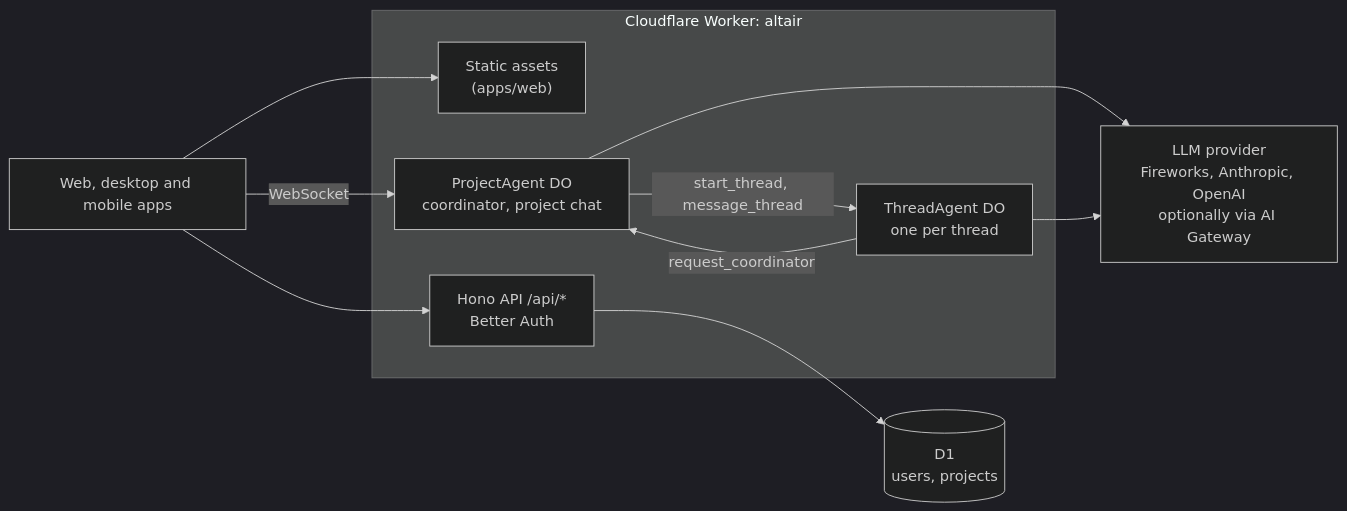
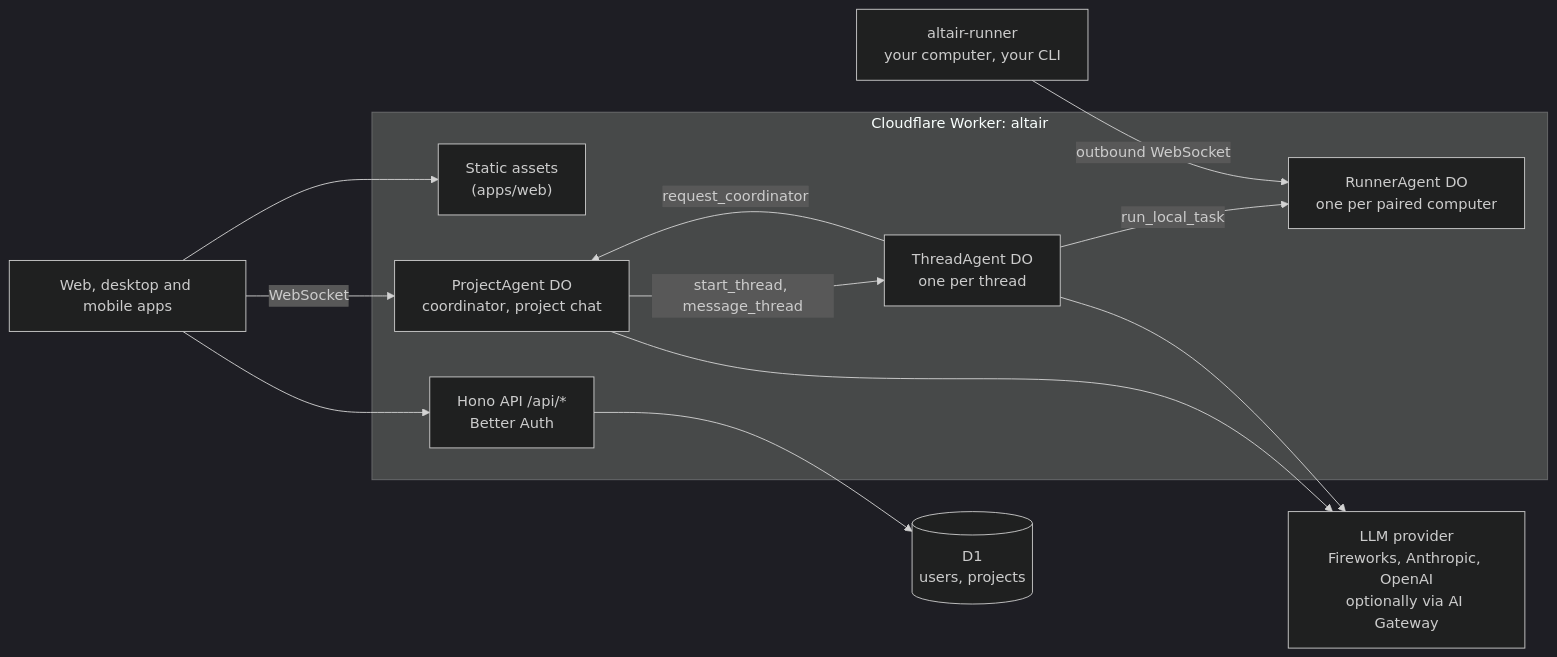
One commit to Fibteq-Inc/Myrel changed the diagram in README.md. Above: the diagram before and after it, drawn with Mermaid (dark theme). The commit also changed other lines of this file and 43 other files, not shown here.

First line of the commit message:
feat: connect projects to a folder on your computer with altair-runner

````diff
--- a/README.md
+++ b/README.md
@@ -31,20 +31,24 @@
 ```mermaid
 flowchart LR
   clients["Web, desktop and mobile apps"]
   subgraph worker["Cloudflare Worker: altair"]
     assets["Static assets<br/>(apps/web)"]
     api["Hono API /api/*<br/>Better Auth"]
     pa["ProjectAgent DO<br/>coordinator, project chat"]
     ta["ThreadAgent DO<br/>one per thread"]
+    ra["RunnerAgent DO<br/>one per paired computer"]
   end
+  runner["altair-runner<br/>your computer, your CLI"]
   d1[("D1<br/>users, projects")]
   llm["LLM provider<br/>Fireworks, Anthropic, OpenAI<br/>optionally via AI Gateway"]
   clients --> assets
   clients --> api
   clients -- WebSocket --> pa
   api --> d1
   pa -- start_thread, message_thread --> ta
   ta -- request_coordinator --> pa
+  ta -- run_local_task --> ra
+  runner -- outbound WebSocket --> ra
   pa --> llm
   ta --> llm
 ```
````
